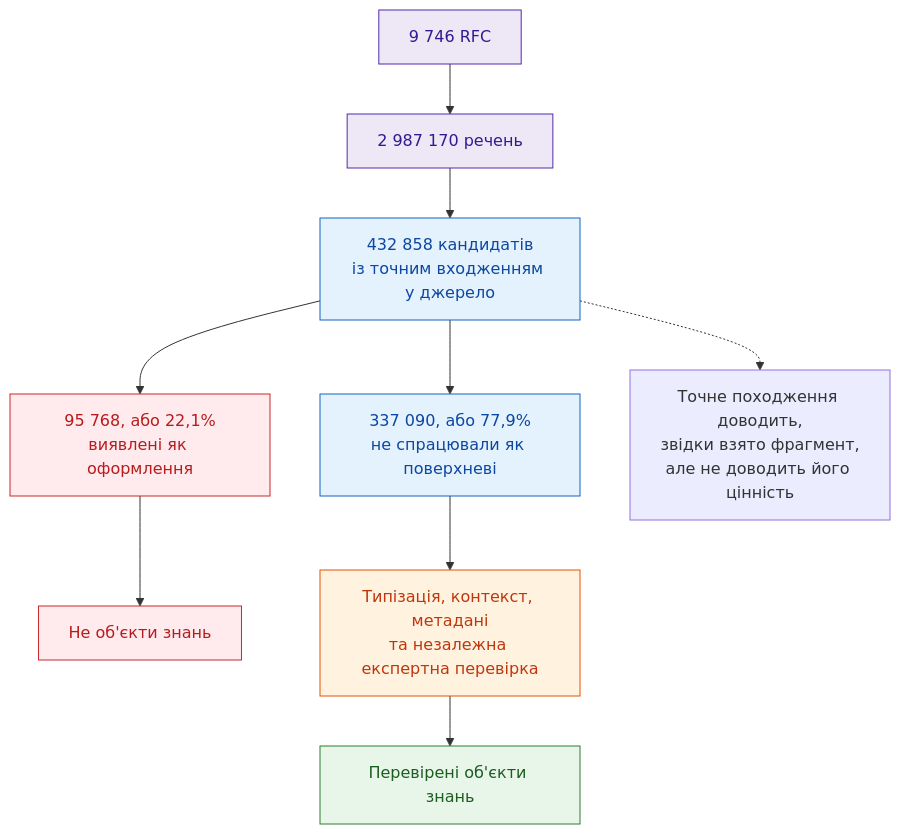
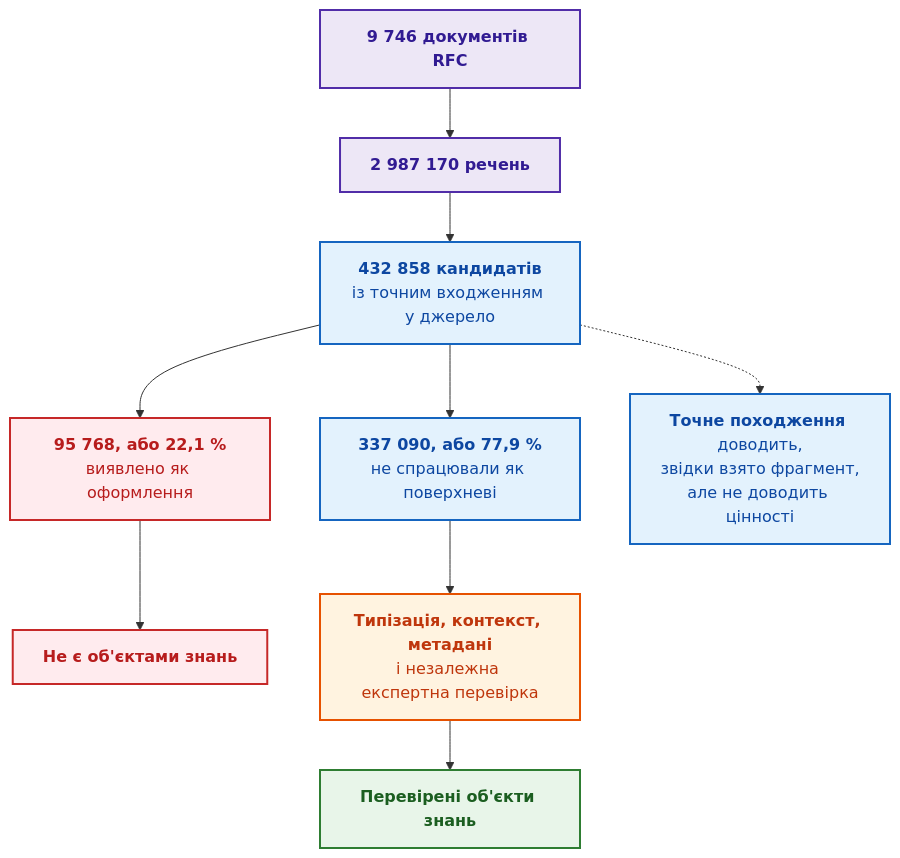
Before and after one commit to nick-fedchik/articles: the fourth of 9 diagrams in ExpertSystem/ch10-knowledge-acquisition-systems.md, drawn with Mermaid. The commit also changed other lines of this file, not shown here.

Commit message:
docs(ch10): restructure knowledge acquisition chapter, third-person author practice, explained formulas, bitemporal Go example, verified numbered sources

````diff
--- a/ExpertSystem/ch10-knowledge-acquisition-systems.md
+++ b/ExpertSystem/ch10-knowledge-acquisition-systems.md
@@ -347,33 +258,32 @@
 ```mermaid
 flowchart TB
-    accTitle: Результати експерименту з детекції знань на RFC
-    accDescr: Схема фільтрації поверхневого оформлення (22,1%) та відбору кандидатів у знання (77,9%) на 9 746 RFC.
+    accTitle: Результати експерименту з виявлення знань на корпусі RFC
+    accDescr: Із 9 746 документів і 2 987 170 речень утворилося 432 858 кандидатів із точним походженням; 22,1 % виявлено як оформлення, 77,9 % потребують перевірки.
 
-    Corpus["9 746 RFC"]
-    Sentences["2 987 170 речень"]
-    Candidates["432 858 кандидатів<br/>із точним входженням у джерело"]
-    Surface["95 768, або 22,1%<br/>виявлені як оформлення"]
-    NotSurface["337 090, або 77,9%<br/>не спрацювали як поверхневі"]
-    Reject["Не об'єкти знань"]
-    Review["Типізація, контекст, метадані<br/>та незалежна експертна перевірка"]
-    Knowledge["Перевірені об'єкти знань"]
+    Corpus["<b>9 746 документів RFC</b>"]
+    Sentences["<b>2 987 170 речень</b>"]
+    Candidates["<b>432 858 кандидатів</b><br/>із точним входженням у джерело"]
+    Surface["<b>95 768, або 22,1 %</b><br/>виявлено як оформлення"]
+    NotSurface["<b>337 090, або 77,9 %</b><br/>не спрацювали як поверхневі"]
+    Reject["<b>Не є об'єктами знань</b>"]
+    Review["<b>Типізація, контекст, метадані</b><br/>і незалежна експертна перевірка"]
+    Knowledge["<b>Перевірені об'єкти знань</b>"]
+    Note["<b>Точне походження</b> доводить,<br/>звідки взято фрагмент,<br/>але не доводить цінності"]
 
     Corpus --> Sentences --> Candidates
     Candidates --> Surface --> Reject
     Candidates --> NotSurface --> Review --> Knowledge
-
-    Note["Точне походження доводить,<br/>звідки взято фрагмент,<br/>але не доводить його цінність"]
     Candidates -.-> Note
 
-    classDef corpus fill:#ede7f6,stroke:#512da8,color:#311b92;
-    classDef cand fill:#e3f2fd,stroke:#1565c0,color:#0d47a1;
-    classDef rej fill:#ffebee,stroke:#c62828,color:#b71c1c;
-    classDef rev fill:#fff3e0,stroke:#e65100,color:#bf360c;
-    classDef ok fill:#e8f5e9,stroke:#2e7d32,color:#1b5e20;
+    classDef corpus fill:#ede7f6,stroke:#512da8,stroke-width:2px,color:#311b92;
+    classDef cand fill:#e3f2fd,stroke:#1565c0,stroke-width:2px,color:#0d47a1;
+    classDef rej fill:#ffebee,stroke:#c62828,stroke-width:2px,color:#b71c1c;
+    classDef rev fill:#fff3e0,stroke:#e65100,stroke-width:2px,color:#bf360c;
+    classDef ok fill:#e8f5e9,stroke:#2e7d32,stroke-width:2px,color:#1b5e20;
 
     class Corpus,Sentences corpus;
-    class Candidates,NotSurface cand;
+    class Candidates,NotSurface,Note cand;
     class Surface,Reject rej;
     class Review rev;
     class Knowledge ok;
 ```
````
